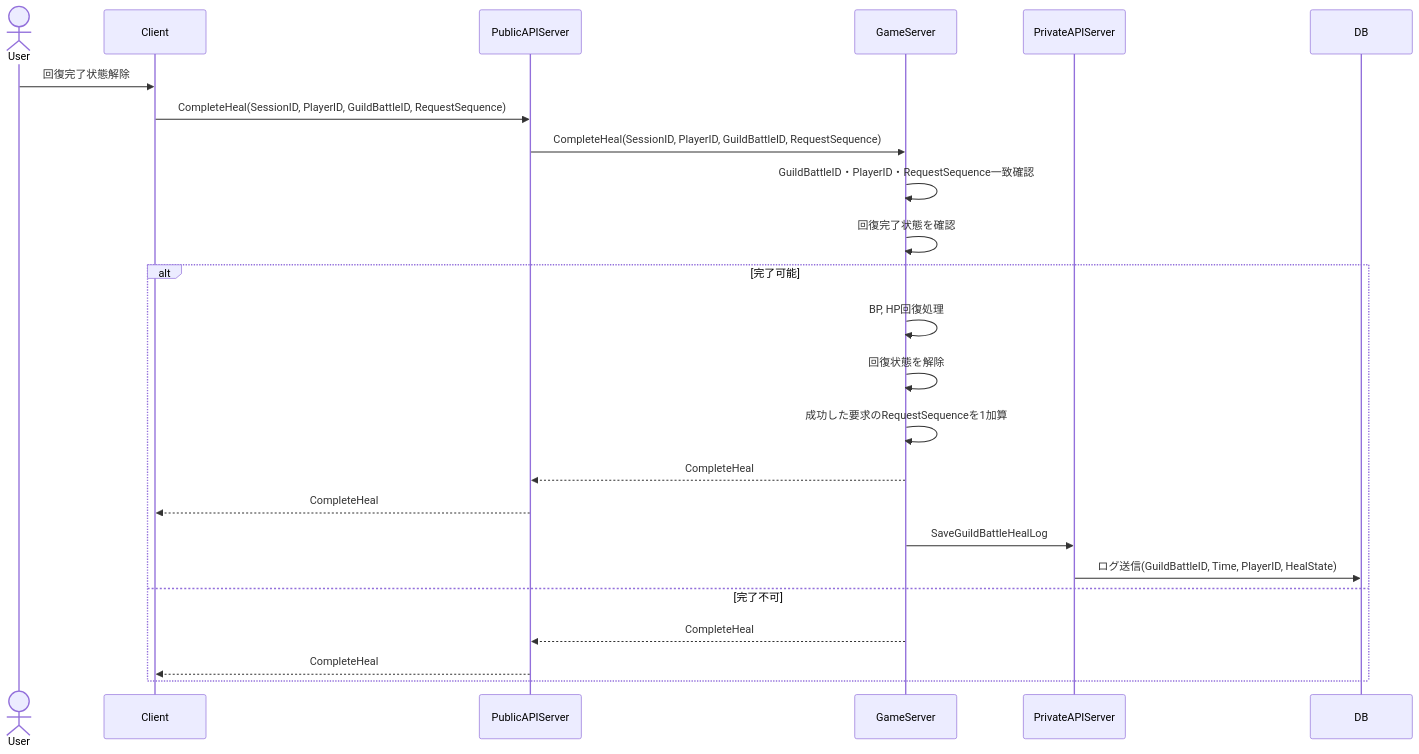
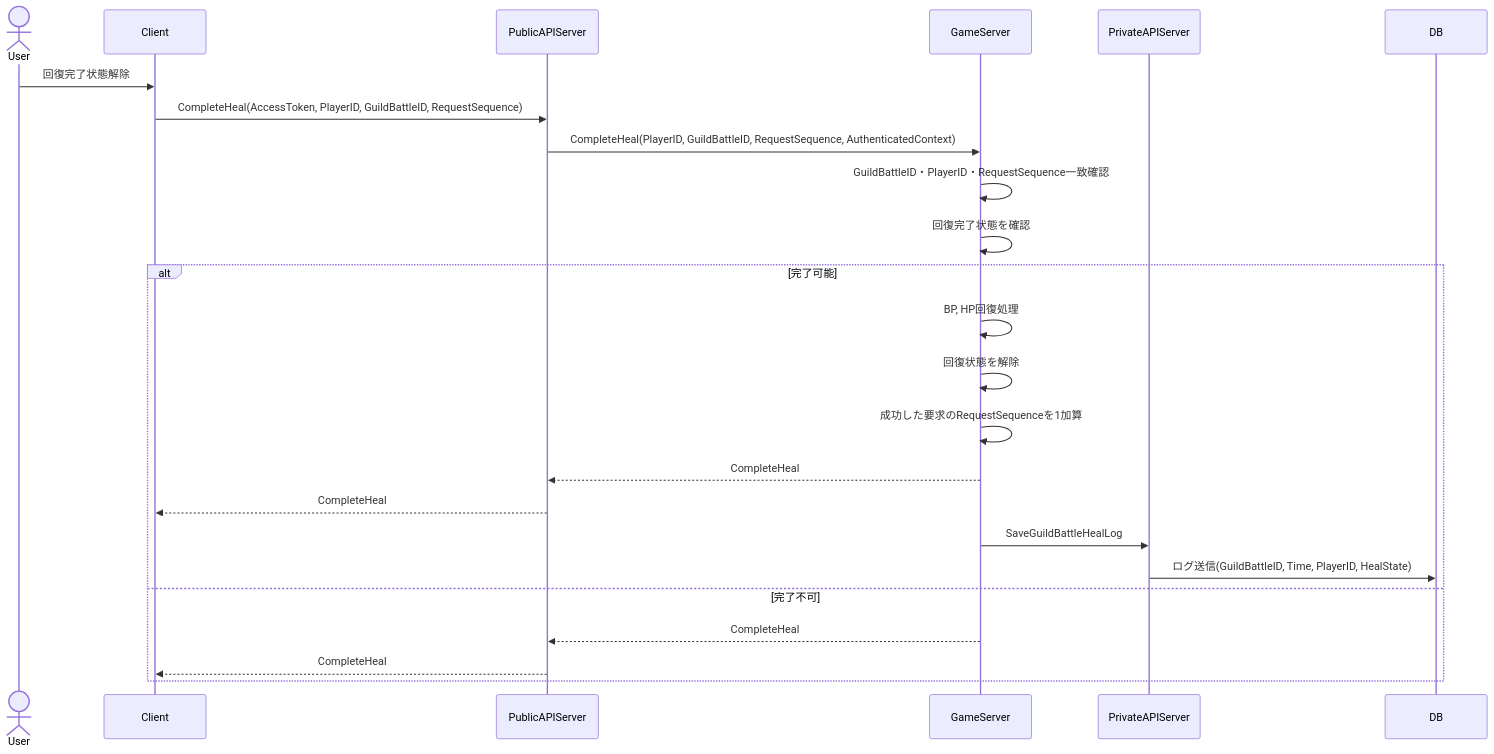
One commit to ReHydrangeaOdyssey/Specifications changed diagram 12 of 16 in design/guild_battle.md. Above: the diagram before and after it, drawn with Mermaid. The commit also changed other lines of this file and 18 other files, not shown here.

````diff
--- a/design/guild_battle.md
+++ b/design/guild_battle.md
@@ -483,30 +499,30 @@
 ```mermaid
 sequenceDiagram
     actor User
     participant Client
     participant PublicAPIServer
     participant GameServer
     participant PrivateAPIServer
     participant DB
 
     User->>Client: 回復完了状態解除
-    Client->>PublicAPIServer: CompleteHeal(SessionID, PlayerID, GuildBattleID, RequestSequence)
-    PublicAPIServer->>GameServer: CompleteHeal(SessionID, PlayerID, GuildBattleID, RequestSequence)
+    Client->>PublicAPIServer: CompleteHeal(AccessToken, PlayerID, GuildBattleID, RequestSequence)
+    PublicAPIServer->>GameServer: CompleteHeal(PlayerID, GuildBattleID, RequestSequence, AuthenticatedContext)
 
     GameServer->>GameServer: GuildBattleID・PlayerID・RequestSequence一致確認
     GameServer->>GameServer: 回復完了状態を確認
 
     alt 完了可能
         GameServer->>GameServer: BP, HP回復処理
         GameServer->>GameServer: 回復状態を解除
         GameServer->>GameServer: 成功した要求のRequestSequenceを1加算
         GameServer-->>PublicAPIServer: CompleteHeal 
         PublicAPIServer-->>Client: CompleteHeal
 
         GameServer ->> PrivateAPIServer: SaveGuildBattleHealLog
         PrivateAPIServer ->> DB: ログ送信(GuildBattleID, Time, PlayerID, HealState)
     else 完了不可
         GameServer-->>PublicAPIServer: CompleteHeal
         PublicAPIServer-->>Client: CompleteHeal
     end
 ```
````
